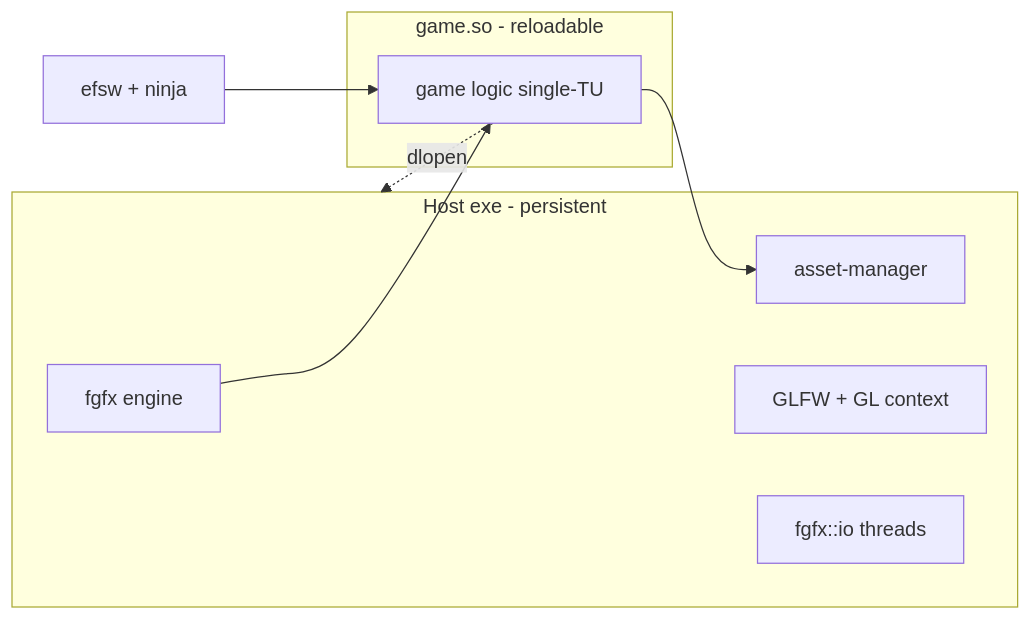
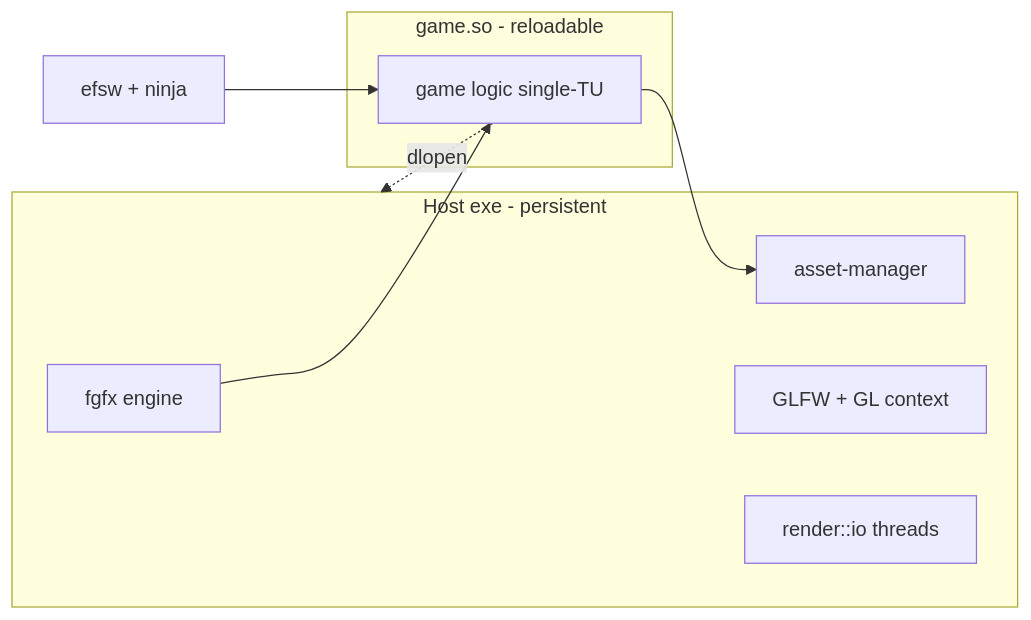
The first of 5 diagrams in hotswap/propozycje-rozwiazan.md (Illutrum/runtime), drawn with Mermaid before and after one commit. The commit also changed other lines of this file and 47 other files, not shown here.

````diff
--- a/hotswap/propozycje-rozwiazan.md
+++ b/hotswap/propozycje-rozwiazan.md
@@ -57,16 +57,16 @@
 ```mermaid
 flowchart LR
   subgraph host [Host exe - persistent]
     Engine[fgfx engine]
     AM[asset-manager]
     GLFW[GLFW + GL context]
-    IO[fgfx::io threads]
+    IO[render::io threads]
   end
   subgraph plugin [game.so - reloadable]
     Game[game logic single-TU]
   end
   Engine --> Game
   Game --> AM
   Watcher[efsw + ninja] --> Game
   Game -.dlopen.-> host
 ```
````
